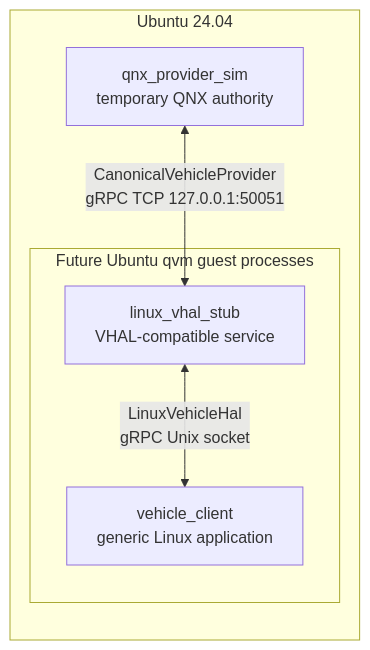
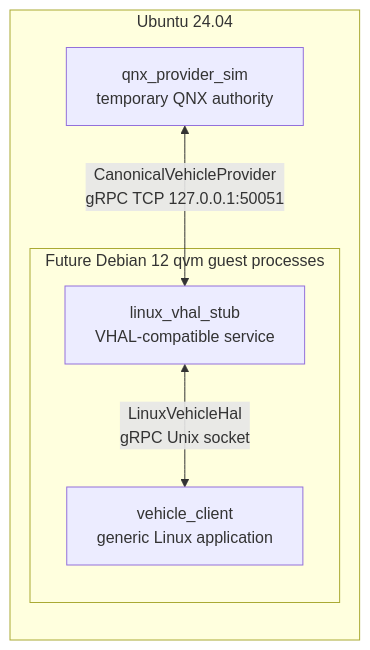
The first of 7 diagrams in README.md (ndravr/android-vhal-linux-mock), drawn with Mermaid before and after one commit. The commit also changed other lines of this file, not shown here.

Commit message:
Update README to reflect changes from Ubuntu to Debian 12 for QVM guest processes

````diff
--- a/README.md
+++ b/README.md
@@ -45,14 +45,14 @@
 ```mermaid
 flowchart LR
     subgraph UBUNTU[Ubuntu 24.04]
         SIM[qnx_provider_sim<br/>temporary QNX authority]
 
-        subgraph GUEST[Future Ubuntu qvm guest processes]
+        subgraph GUEST[Future Debian 12 qvm guest processes]
             VHAL[linux_vhal_stub<br/>VHAL-compatible service]
             APP[vehicle_client<br/>generic Linux application]
         end
 
         SIM <-->|CanonicalVehicleProvider<br/>gRPC TCP 127.0.0.1:50051| VHAL
         VHAL <-->|LinuxVehicleHal<br/>gRPC Unix socket| APP
     end
 ```
````
